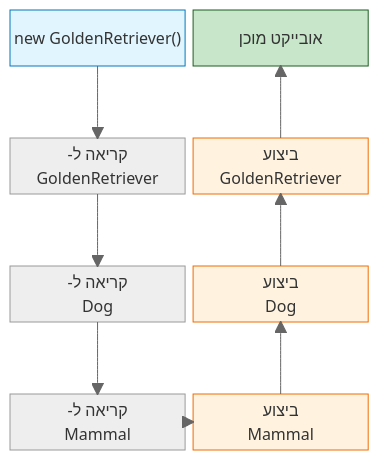
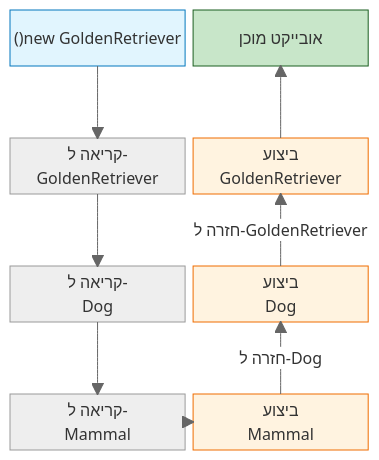
The second of 2 diagrams in oop/01inheritc.md (3strategy/BeautifulMivney), drawn with Mermaid (neutral theme) before and after one commit. The commit also changed other lines of this file, not shown here.

Commit message:
הסתרת חומר מיותר ב-inheritc

```diff
--- a/oop/01inheritc.md
+++ b/oop/01inheritc.md
@@ -266,37 +266,37 @@
 <div class="mermaid">
 block-beta
   columns 2
   
-  A0["new GoldenRetriever()"]  
+  A0["()new GoldenRetriever"]  
   B0["אובייקט מוכן"]
   
   space:2
   
-  A1["-קריאה ל<br />GoldenRetriever"]    
+  A1["קריאה ל-<br />GoldenRetriever"]    
   B1["ביצוע<br />GoldenRetriever"] 
   
   space:2
   
-  A3["-קריאה ל<br />Dog"]  
+  A3["קריאה ל-<br />Dog"]  
   B3["ביצוע<br />Dog"]
   
   space:2
   
-  A4["-קריאה ל<br />Mammal"]   
+  A4["קריאה ל-<br />Mammal"]   
   B4["ביצוע<br />Mammal"]
 
   A0 --> A1
   A1 --> A3
   A3 --> A4
   A4 --> B4
-  B4 --> B3
-  B3 --> B1
+  B4 -- "חזרה ל-Dog" --> B3
+  B3 -- "חזרה ל-GoldenRetriever" --> B1
   B1 --> B0
 
   classDef orange fill:#fff3e0,stroke:#ef6c00
   class B1 orange
   class B3 orange
   class B4 orange
   style B0 fill:#c8e6c9,stroke:#1b5e20
   style A0 fill:#e1f5fe,stroke:#0277bd
 </div>
```
